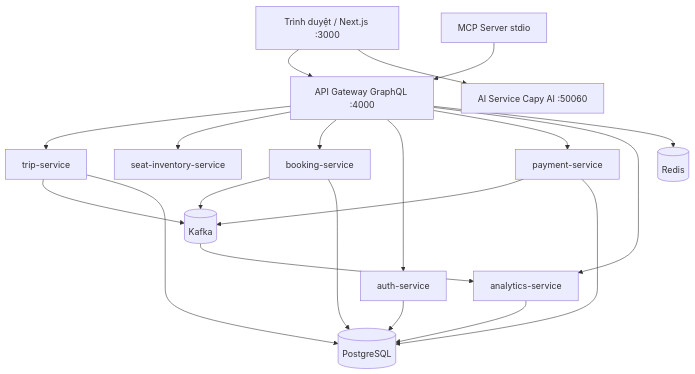
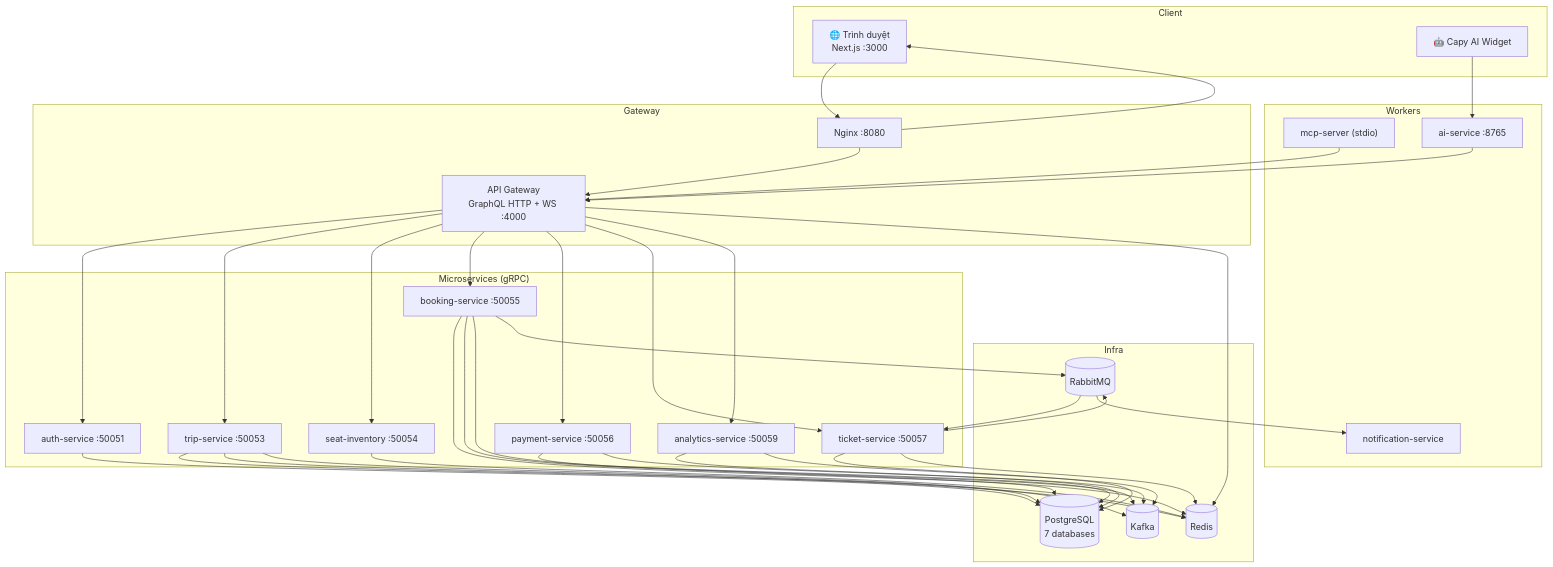
The diagram in README.md (MeiYing2004/Web_Sum26), drawn with Mermaid before and after one commit. The commit also changed other lines of this file and 228 other files, not shown here.

````diff
--- a/README.md
+++ b/README.md
@@ -54,26 +61,55 @@
 ```mermaid
 flowchart TB
-  Browser[Trình duyệt / Next.js :3000]
-  GW[API Gateway GraphQL :4000]
-  AI[AI Service Capy AI :50060]
-  MCP[MCP Server stdio]
+  subgraph Client
+    Browser["🌐 Trình duyệt<br/>Next.js :3000"]
+    CapyAI["🤖 Capy AI Widget"]
+  end
 
-  Browser --> GW
-  Browser --> AI
+  subgraph Gateway
+    GW["API Gateway<br/>GraphQL HTTP + WS :4000"]
+    Nginx["Nginx :8080"]
+  end
+
+  subgraph Services["Microservices (gRPC)"]
+    Auth["auth-service :50051"]
+    Trip["trip-service :50053"]
+    Seat["seat-inventory :50054"]
+    Book["booking-service :50055"]
+    Pay["payment-service :50056"]
+    Ticket["ticket-service :50057"]
+    Analytics["analytics-service :50059"]
+  end
+
+  subgraph Workers
+    Notify["notification-service"]
+    MCP["mcp-server (stdio)"]
+    AI["ai-service :8765"]
+  end
+
+  subgraph Infra
+    PG[("PostgreSQL<br/>7 databases")]
+    Redis[("Redis")]
+    Kafka[("Kafka")]
+    RMQ[("RabbitMQ")]
+  end
+
+  Browser --> Nginx
+  Nginx --> GW
+  Nginx --> Browser
+  CapyAI --> AI
+  AI --> GW
   MCP --> GW
 
-  GW --> Trip[trip-service]
-  GW --> Seat[seat-inventory-service]
-  GW --> Book[booking-service]
-  GW --> Auth[auth-service]
-  GW --> Pay[payment-service]
-  GW --> Analytics[analytics-service]
+  GW --> Auth & Trip & Seat & Book & Pay & Ticket & Analytics
+  GW --> Redis
 
-  Trip --> Kafka[(Kafka)]
-  Book --> Kafka
-  Pay --> Kafka
-  Kafka --> Analytics
+  Trip --> PG & Redis & Kafka
+  Seat --> Redis
+  Book --> PG & Redis & Kafka & RMQ
+  Pay --> PG & Kafka
+  Ticket --> PG & Redis & RMQ
+  Auth --> PG
+  Analytics --> PG & Kafka
 
-  Trip & Book & Auth & Pay & Analytics --> PG[(PostgreSQL)]
-  GW --> Redis[(Redis)]
+  RMQ --> Ticket & Notify
 ```
````
